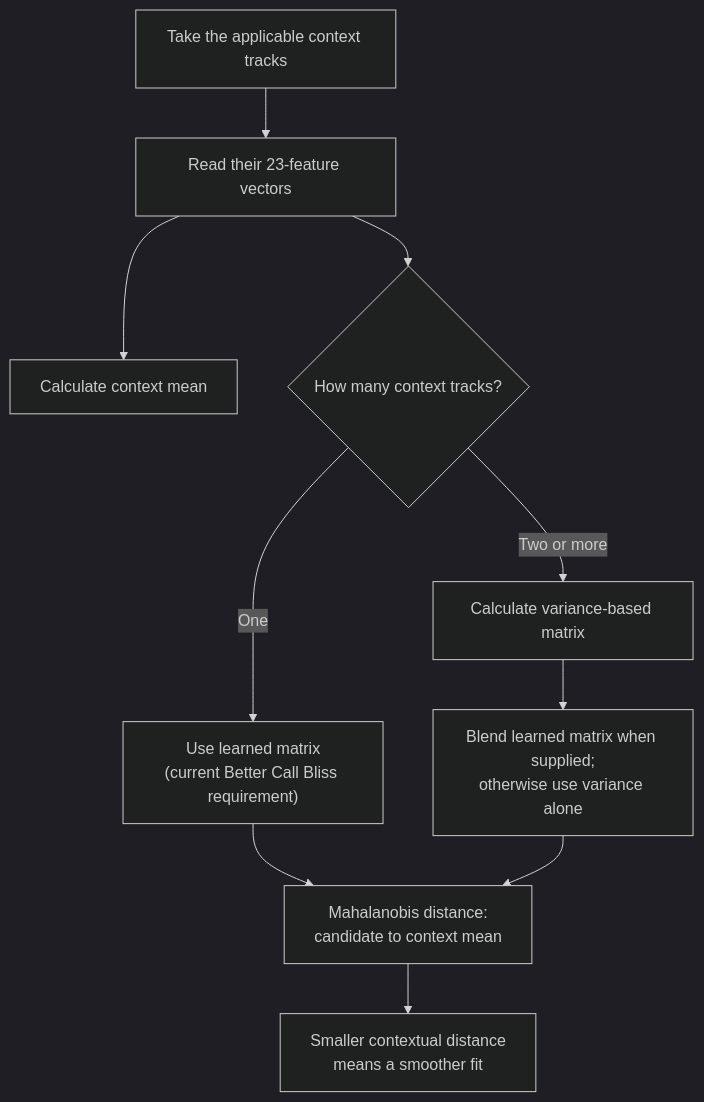
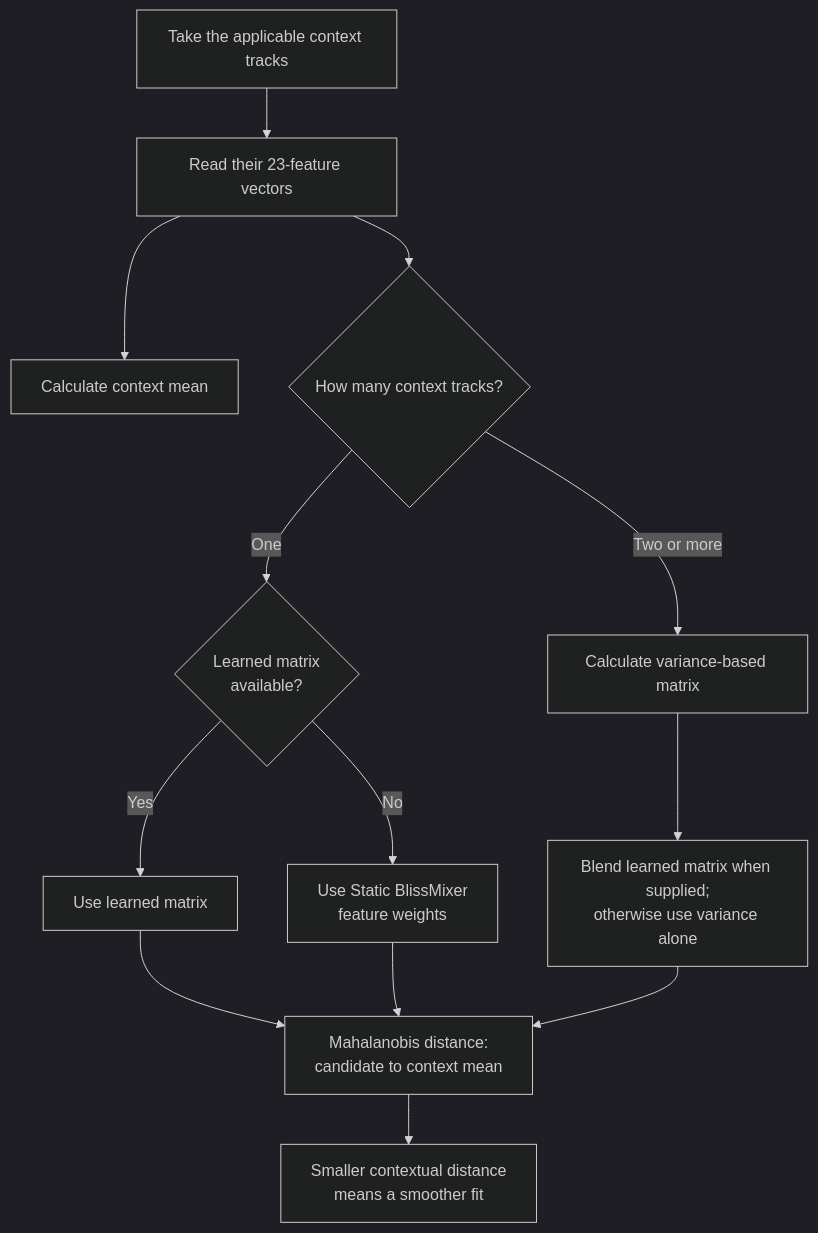
The seventh of 8 diagrams in ALGORITHMS.md (chrober/lms-better-call-bliss), drawn with Mermaid (dark theme) before and after one commit. The commit also changed other lines of this file and 10 other files, not shown here.

```diff
--- a/ALGORITHMS.md
+++ b/ALGORITHMS.md
@@ -432,12 +433,15 @@
 ~~~mermaid
 flowchart TD
     A["Take the applicable context tracks"] --> B["Read their 23-feature vectors"]
     B --> C["Calculate context mean"]
     B --> D{"How many context tracks?"}
-    D -- One --> E["Use learned matrix<br/>(current Better Call Bliss requirement)"]
+    D -- One --> E{"Learned matrix<br/>available?"}
+    E -- Yes --> J["Use learned matrix"]
+    E -- No --> K["Use Static BlissMixer<br/>feature weights"]
     D -- Two or more --> F["Calculate variance-based matrix"]
     F --> G["Blend learned matrix when supplied;<br/>otherwise use variance alone"]
-    E --> H["Mahalanobis distance:<br/>candidate to context mean"]
+    J --> H["Mahalanobis distance:<br/>candidate to context mean"]
+    K --> H
     G --> H
     H --> I["Smaller contextual distance<br/>means a smoother fit"]
 ~~~
```
